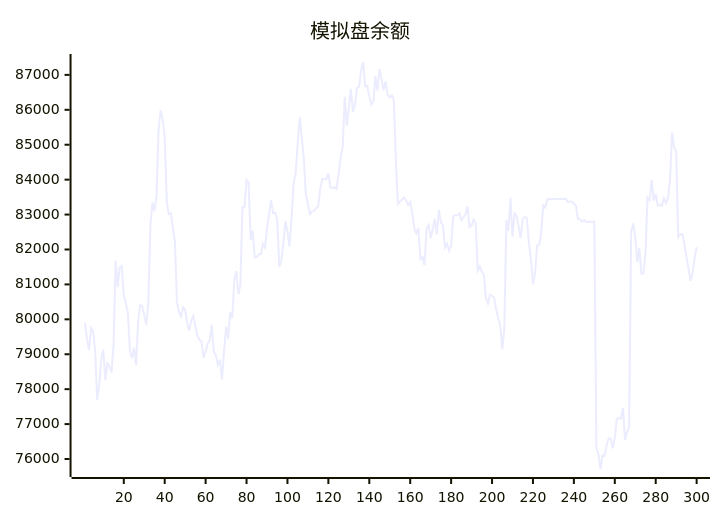
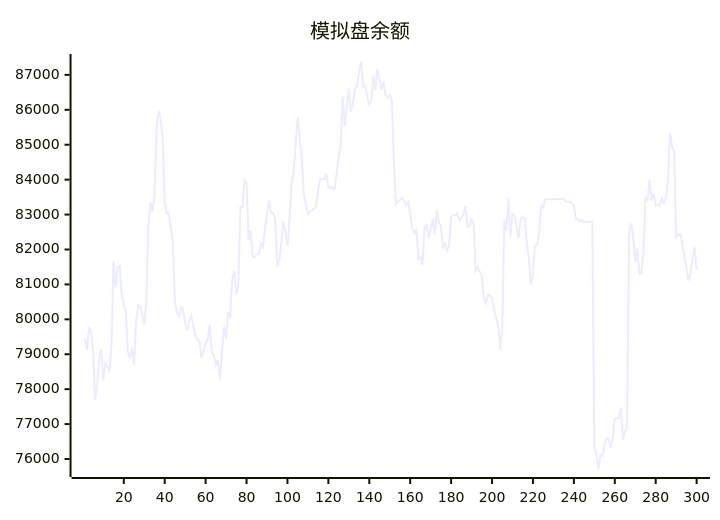
The diagram in README.md (aahl/ai-trading), drawn with Mermaid before and after one commit. The commit also changed other lines of this file and 1 other file, not shown here.

````diff
--- a/README.md
+++ b/README.md
@@ -5,5 +5,5 @@
 ```mermaid
 xychart
     title "模拟盘余额"
-    line [79896,79448,79126,79749,79658,79097,77695,78114,78888,79126,78249,78738,78653,78478,79271,81680,80923,81488,81527,80681,80455,80190,79084,78879,79193,78686,79954,80403,80374,80118,79848,80491,82665,83351,83098,83525,85430,85983,85737,85221,83378,83014,83043,82613,82216,80477,80208,80081,80348,80277,79894,79670,79965,80093,79786,79542,79406,79371,78893,79087,79304,79406,79841,79072,78978,78696,78846,78272,79085,79787,79442,80198,80031,81120,81379,80718,80985,83214,83212,83993,83921,82270,82547,81776,81776,81866,81866,82158,82061,82596,83000,83408,83041,83050,82858,81503,81691,82188,82812,82517,82092,82901,83898,84180,85030,85781,85178,84604,83569,83298,83008,83093,83107,83175,83228,83729,84025,84017,84019,84177,83775,83762,83785,83738,84160,84639,84939,86370,85548,86046,86599,85942,86161,86622,86664,87115,87369,86666,86685,86384,86152,86243,86969,86548,87164,86885,86566,86809,86427,86348,86417,86273,84538,83299,83369,83430,83490,83404,83270,83362,83056,82605,82459,82614,81734,81788,81551,82598,82702,82320,82580,82878,82426,83139,82778,82686,82056,82166,81963,82110,82951,82983,82984,83038,82838,82915,82998,83235,82642,82682,82858,82746,81396,81512,81362,81277,80600,80461,80699,80673,80616,80288,80038,79836,79142,79722,82837,82533,83480,82366,83032,82960,82654,82330,82883,82934,82901,82188,81728,81005,81298,82110,82135,82449,83264,83203,83440,83439,83440,83440,83446,83447,83448,83447,83448,83449,83369,83369,83369,83313,83256,82872,82873,82801,82844,82785,82791,82791,82793,82794,76339,76145,75714,76110,76096,76397,76594,76585,76310,76607,77160,77170,77160,77456,76541,76774,76927,82520,82744,82337,81639,82040,81307,81314,81887,83490,83414,83984,83396,83594,83261,83287,83253,83470,83327,83465,83987,85348,84930,84786,82355,82433,82438,82167,81795,81466,81105,81315,81756,82064]
+    line [79448,79126,79749,79658,79097,77695,78114,78888,79126,78249,78738,78653,78478,79271,81680,80923,81488,81527,80681,80455,80190,79084,78879,79193,78686,79954,80403,80374,80118,79848,80491,82665,83351,83098,83525,85430,85983,85737,85221,83378,83014,83043,82613,82216,80477,80208,80081,80348,80277,79894,79670,79965,80093,79786,79542,79406,79371,78893,79087,79304,79406,79841,79072,78978,78696,78846,78272,79085,79787,79442,80198,80031,81120,81379,80718,80985,83214,83212,83993,83921,82270,82547,81776,81776,81866,81866,82158,82061,82596,83000,83408,83041,83050,82858,81503,81691,82188,82812,82517,82092,82901,83898,84180,85030,85781,85178,84604,83569,83298,83008,83093,83107,83175,83228,83729,84025,84017,84019,84177,83775,83762,83785,83738,84160,84639,84939,86370,85548,86046,86599,85942,86161,86622,86664,87115,87369,86666,86685,86384,86152,86243,86969,86548,87164,86885,86566,86809,86427,86348,86417,86273,84538,83299,83369,83430,83490,83404,83270,83362,83056,82605,82459,82614,81734,81788,81551,82598,82702,82320,82580,82878,82426,83139,82778,82686,82056,82166,81963,82110,82951,82983,82984,83038,82838,82915,82998,83235,82642,82682,82858,82746,81396,81512,81362,81277,80600,80461,80699,80673,80616,80288,80038,79836,79142,79722,82837,82533,83480,82366,83032,82960,82654,82330,82883,82934,82901,82188,81728,81005,81298,82110,82135,82449,83264,83203,83440,83439,83440,83440,83446,83447,83448,83447,83448,83449,83369,83369,83369,83313,83256,82872,82873,82801,82844,82785,82791,82791,82793,82794,76339,76145,75714,76110,76096,76397,76594,76585,76310,76607,77160,77170,77160,77456,76541,76774,76927,82520,82744,82337,81639,82040,81307,81314,81887,83490,83414,83984,83396,83594,83261,83287,83253,83470,83327,83465,83987,85348,84930,84786,82355,82433,82438,82167,81795,81466,81105,81315,81756,82064,81426]
 ```
````
